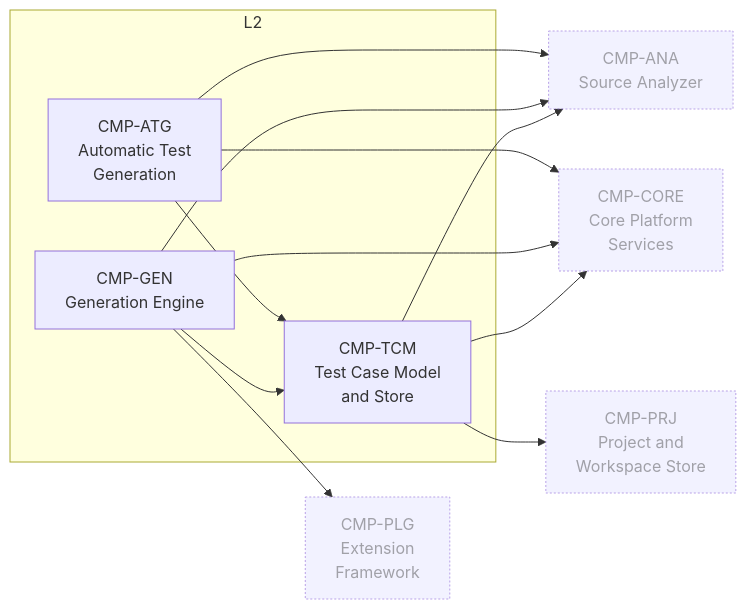
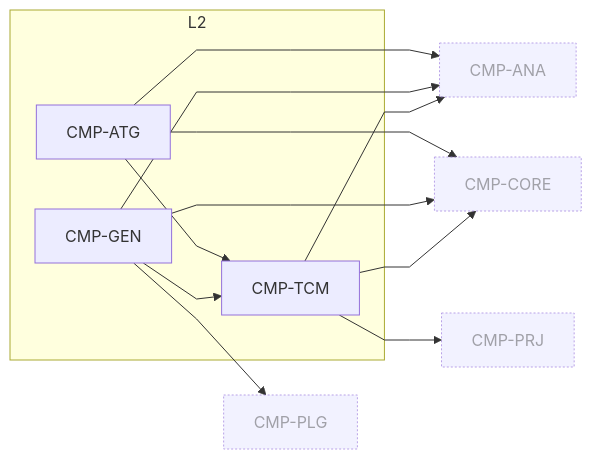
Before and after one commit to suduli/embedded-c-unit-test-tool: the fifth of 9 diagrams in design/architecture-diagrams.md, drawn with Mermaid. The commit also changed other lines of this file and 11 other files, not shown here.

First line of the commit message:
Fix non-uniform boxes and curved edges in the Mermaid diagrams; drop D2

````diff
--- a/design/architecture-diagrams.md
+++ b/design/architecture-diagrams.md
@@ -211,24 +244,25 @@
 ```mermaid
+%%{init: {'flowchart': {'curve': 'linear'}}}%%
 flowchart LR
   subgraph L2["L2"]
-    CMP_ATG["CMP-ATG<br/>Automatic Test<br/>Generation"]
-    CMP_GEN["CMP-GEN<br/>Generation Engine"]
-    CMP_TCM["CMP-TCM<br/>Test Case Model<br/>and Store"]
+    CMP_ATG["CMP-ATG"]
+    CMP_GEN["CMP-GEN"]
+    CMP_TCM["CMP-TCM"]
   end
-  CMP_ANA["CMP-ANA<br/>Source Analyzer"]
-  CMP_CORE["CMP-CORE<br/>Core Platform<br/>Services"]
-  CMP_PLG["CMP-PLG<br/>Extension<br/>Framework"]
-  CMP_PRJ["CMP-PRJ<br/>Project and<br/>Workspace Store"]
+  CMP_ANA["CMP-ANA"]
+  CMP_CORE["CMP-CORE"]
+  CMP_PLG["CMP-PLG"]
+  CMP_PRJ["CMP-PRJ"]
   CMP_ATG --> CMP_ANA
   CMP_ATG --> CMP_CORE
   CMP_ATG --> CMP_TCM
   CMP_GEN --> CMP_ANA
   CMP_GEN --> CMP_CORE
   CMP_GEN --> CMP_PLG
   CMP_GEN --> CMP_TCM
   CMP_TCM --> CMP_ANA
   CMP_TCM --> CMP_CORE
   CMP_TCM --> CMP_PRJ
   classDef ext stroke-dasharray:2 2,opacity:0.65
   class CMP_ANA,CMP_CORE,CMP_PLG,CMP_PRJ ext
 ```
````
